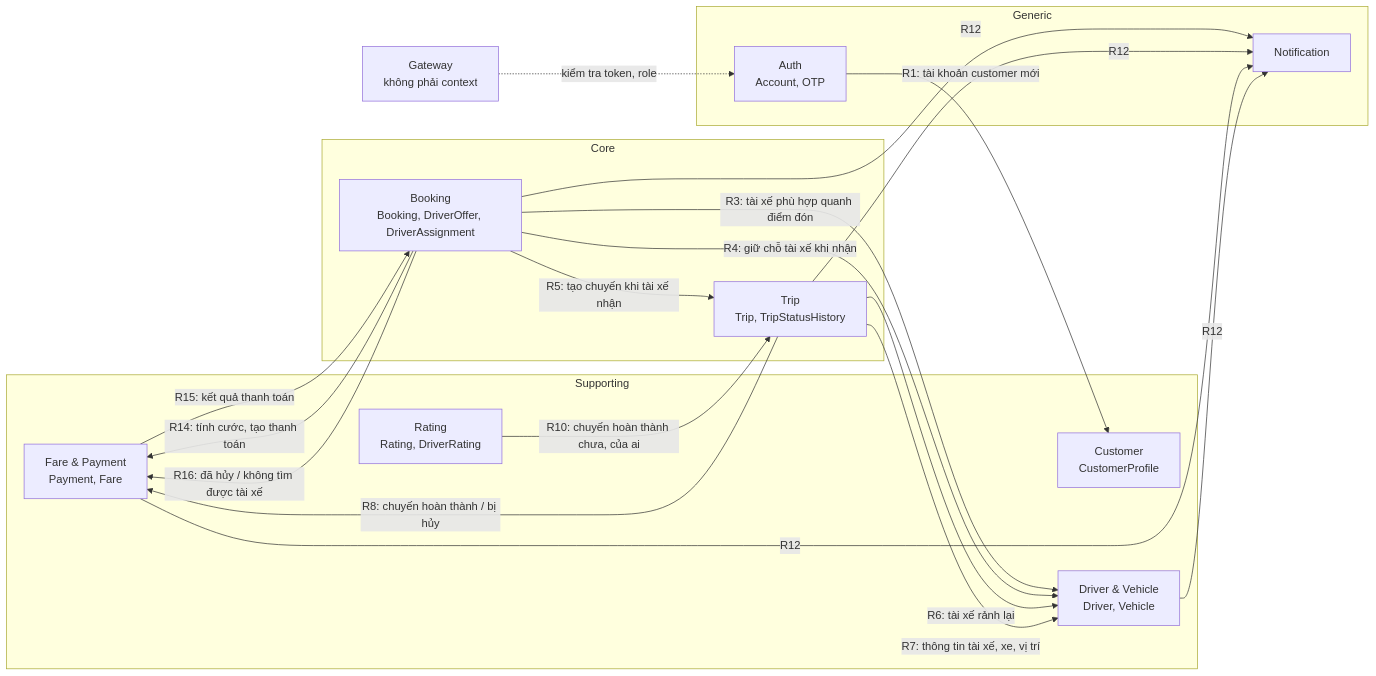
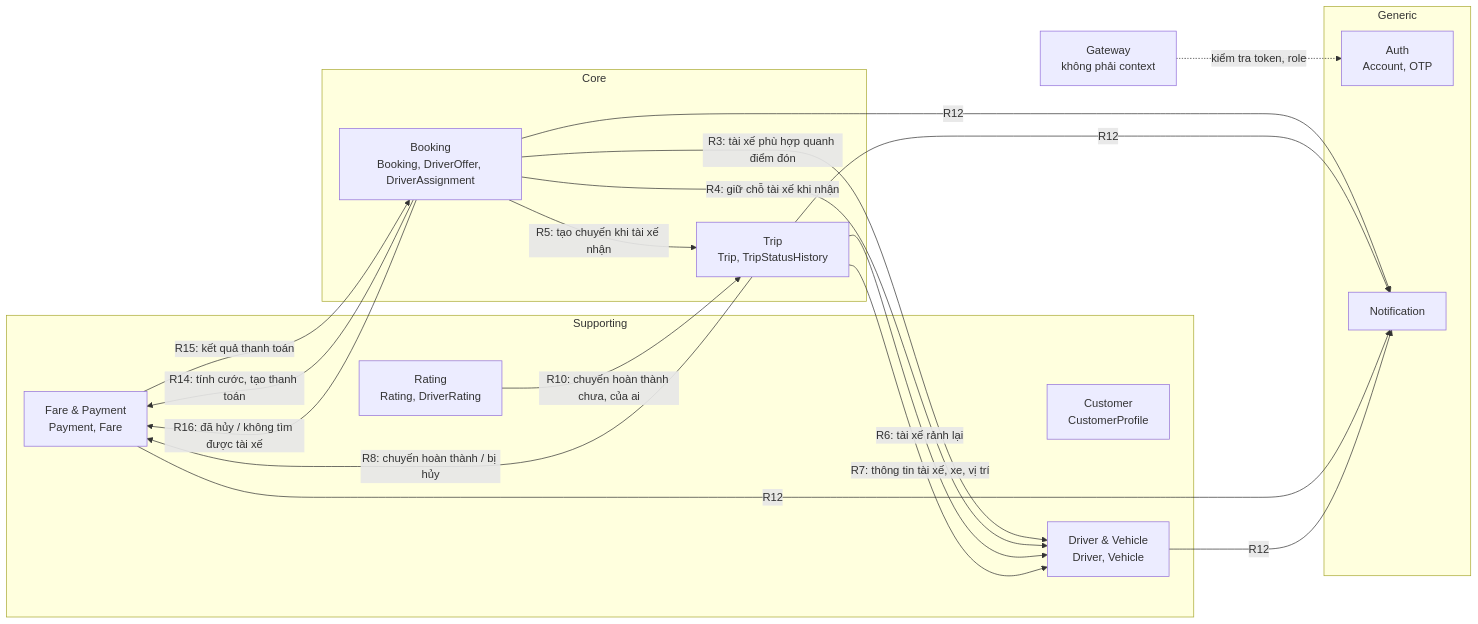
Before and after one commit to nghuuduc21/23699411_NguyenHuuDuc_CabSystem: the first of 5 diagrams in docs/design/01-bounded-contexts.md, drawn with Mermaid. The commit also changed other lines of this file and 16 other files, not shown here.

````diff
--- a/docs/design/01-bounded-contexts.md
+++ b/docs/design/01-bounded-contexts.md
@@ -101,36 +103,35 @@
 ```mermaid
 flowchart LR
   GW[Gateway<br/>không phải context]
 
   subgraph Generic
     AUTH[Auth<br/>Account, OTP]
     NOTI[Notification]
   end
   subgraph Supporting
     CUS[Customer<br/>CustomerProfile]
     DRV[Driver & Vehicle<br/>Driver, Vehicle]
     PAY[Fare & Payment<br/>Payment, Fare]
     RAT[Rating<br/>Rating, DriverRating]
   end
   subgraph Core
     BK[Booking<br/>Booking, DriverOffer, DriverAssignment]
     TRIP[Trip<br/>Trip, TripStatusHistory]
   end
 
   GW -. kiểm tra token, role .-> AUTH
-  AUTH -- R1: tài khoản customer mới --> CUS
   BK -- R3: tài xế phù hợp quanh điểm đón --> DRV
   BK -- R4: giữ chỗ tài xế khi nhận --> DRV
   BK -- R14: tính cước, tạo thanh toán --> PAY
   PAY -- R15: kết quả thanh toán --> BK
   BK -- R16: đã hủy / không tìm được tài xế --> PAY
   BK -- R5: tạo chuyến khi tài xế nhận --> TRIP
   TRIP -- R6: tài xế rảnh lại --> DRV
   TRIP -- R7: thông tin tài xế, xe, vị trí --> DRV
   TRIP -- R8: chuyến hoàn thành / bị hủy --> PAY
   RAT -- R10: chuyến hoàn thành chưa, của ai --> TRIP
   BK -- R12 --> NOTI
   TRIP -- R12 --> NOTI
   PAY -- R12 --> NOTI
   DRV -- R12 --> NOTI
 ```
````
